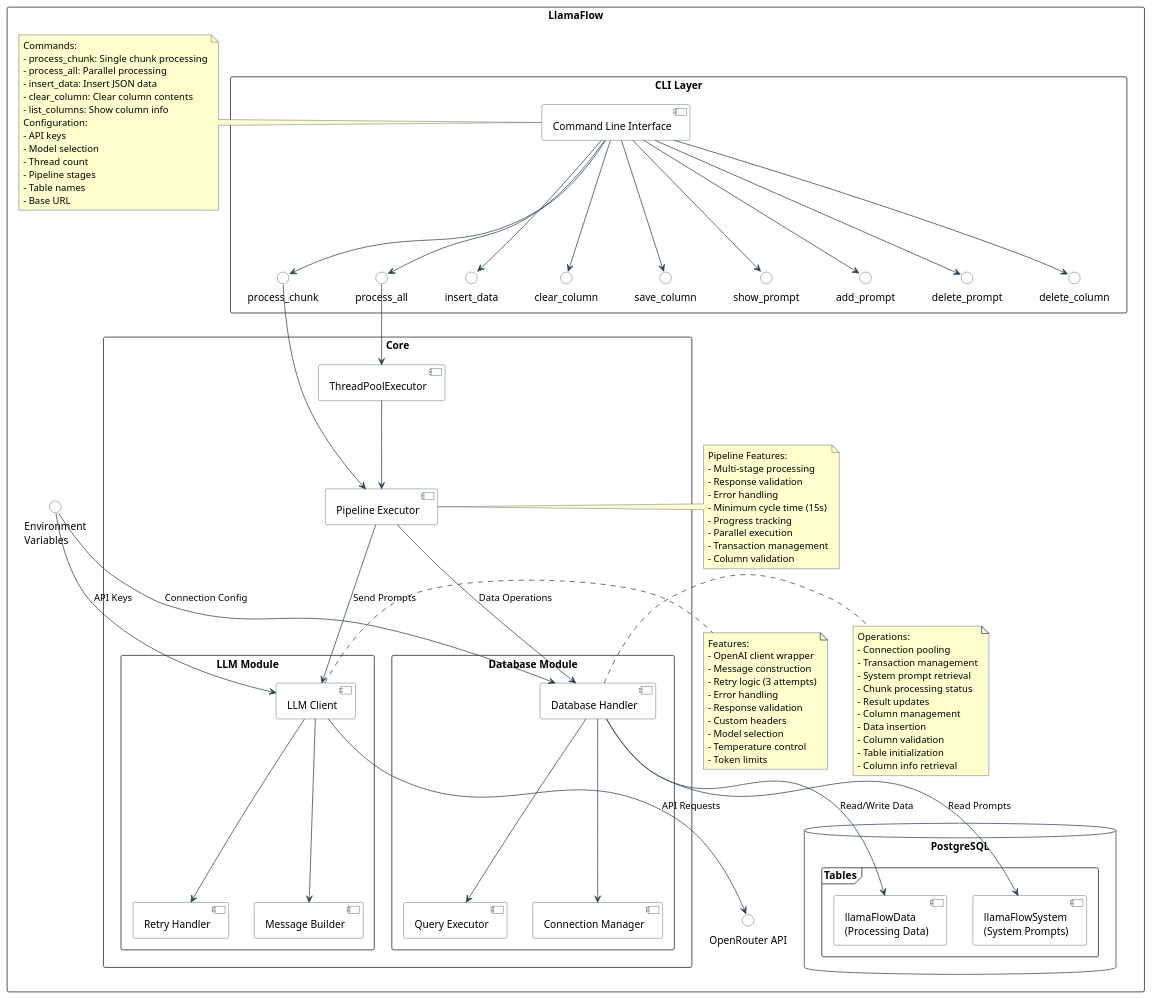
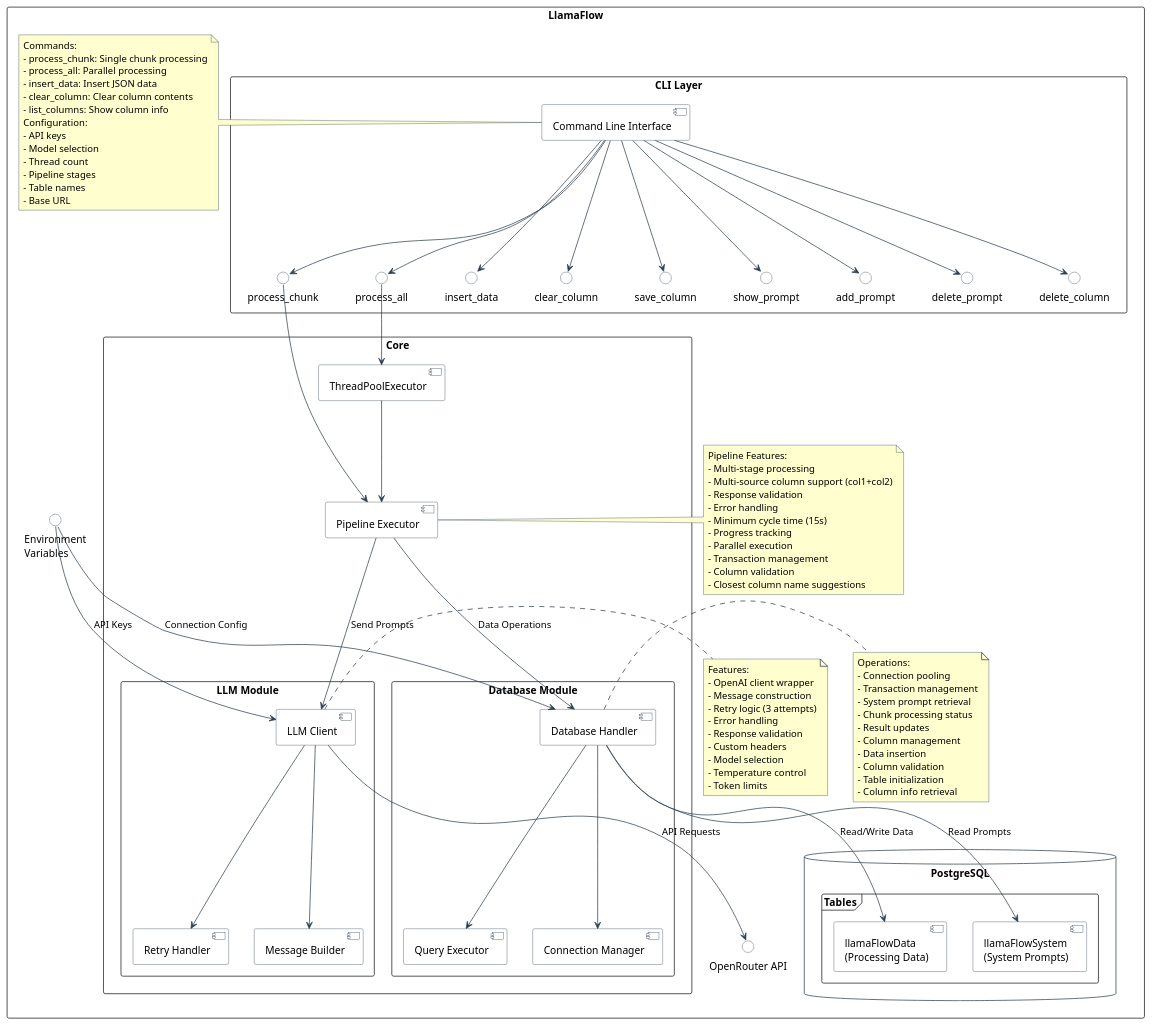
Before and after one commit to chrismrutherford/cliDataForge: the diagram in clidataforge/architecture.puml, drawn with PlantUML. The commit also changed 1 other file, not shown here.

Commit message:
docs: Update README and architecture diagram with multi-source column feature

```diff
--- a/clidataforge/architecture.puml
+++ b/clidataforge/architecture.puml
@@ -1,165 +1,167 @@
 @startuml LlamaFlow Architecture
 
 ' Java styling
 skinparam defaultFontName SansSerif
 skinparam backgroundColor white
 skinparam handwritten false
 skinparam shadowing false
 skinparam stereotypeCBackgroundColor white
 skinparam packageStyle rectangle
 
 ' Java-specific styling
 skinparam class {
     BackgroundColor white
     ArrowColor #2C3E50
     BorderColor #2C3E50
 }
 
 skinparam component {
     BackgroundColor white
     BorderColor #2C3E50
     ArrowColor #2C3E50
 }
 
 skinparam interface {
     BackgroundColor white
     BorderColor #2C3E50
 }
 
 skinparam note {
     BackgroundColor #FEFECE
     BorderColor #2C3E50
 }
 
 skinparam database {
     BackgroundColor white
     BorderColor #2C3E50
 }
 
 package "LlamaFlow" {
     package "CLI Layer" {
         [Command Line Interface] as CLI
         interface "process_chunk" as PC
         interface "process_all" as PA
         interface "insert_data" as ID
         interface "clear_column" as CC
         interface "save_column" as SC
         interface "show_prompt" as SP
         interface "add_prompt" as AP
         interface "delete_prompt" as DP
         interface "delete_column" as DC
         CLI --> PC
         CLI --> PA
         CLI --> ID
         CLI --> CC
         CLI --> SC
         CLI --> SP
         CLI --> AP
         CLI --> DP
         CLI --> DC
     }
 
     package "Core" {
         [Pipeline Executor] as Executor
         [ThreadPoolExecutor] as TPE
         
         package "LLM Module" {
             [LLM Client] as LLM
             [Message Builder] as MB
             [Retry Handler] as RH
             LLM --> MB
             LLM --> RH
         }
         
         package "Database Module" {
             [Database Handler] as DB
             [Connection Manager] as CM
             [Query Executor] as QE
             DB --> CM
             DB --> QE
         }
     }
 
     database "PostgreSQL" {
         frame "Tables" {
             [llamaFlowSystem\n(System Prompts)] as SysTable
             [llamaFlowData\n(Processing Data)] as DataTable
         }
     }
 
     interface "OpenRouter API" as LLMAPI
     interface "Environment\nVariables" as ENV
 
     ' Main Flow
     PC --> Executor
     PA --> TPE
     TPE --> Executor
     Executor --> LLM : "Send Prompts"
     Executor --> DB : "Data Operations"
     
     ' Database Connections
     DB --> SysTable : "Read Prompts"
     DB --> DataTable : "Read/Write Data"
     ENV --> DB : "Connection Config"
     
     ' LLM Connections
     LLM --> LLMAPI : "API Requests"
     ENV --> LLM : "API Keys"
 
     note right of CLI
         Commands:
         - process_chunk: Single chunk processing
         - process_all: Parallel processing
         - insert_data: Insert JSON data
         - clear_column: Clear column contents
         - list_columns: Show column info
         Configuration:
         - API keys
         - Model selection
         - Thread count
         - Pipeline stages
         - Table names
         - Base URL
     end note
 
     note right of Executor
         Pipeline Features:
         - Multi-stage processing
+        - Multi-source column support (col1+col2)
         - Response validation
         - Error handling
         - Minimum cycle time (15s)
         - Progress tracking
         - Parallel execution
         - Transaction management
         - Column validation
+        - Closest column name suggestions
     end note
 
     note right of LLM
         Features:
         - OpenAI client wrapper
         - Message construction
         - Retry logic (3 attempts)
         - Error handling
         - Response validation
         - Custom headers
         - Model selection
         - Temperature control
         - Token limits
     end note
 
     note right of DB
         Operations:
         - Connection pooling
         - Transaction management
         - System prompt retrieval
         - Chunk processing status
         - Result updates
         - Column management
         - Data insertion
         - Column validation
         - Table initialization
         - Column info retrieval
     end note
 }
 
 @enduml
```
